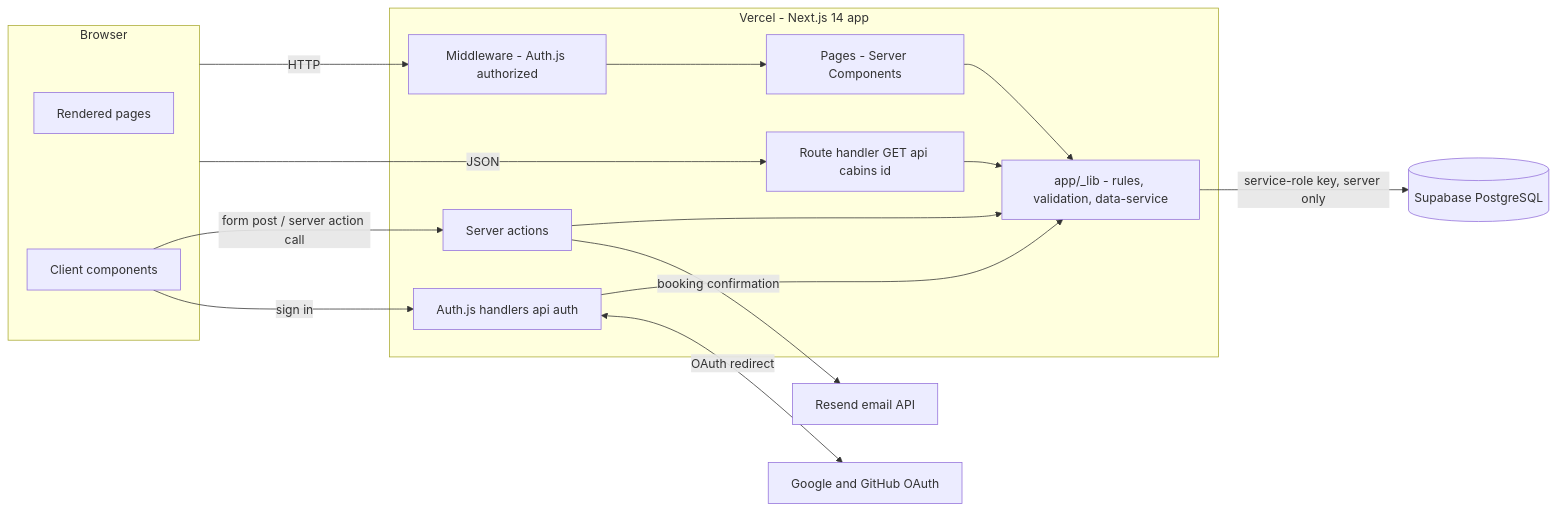
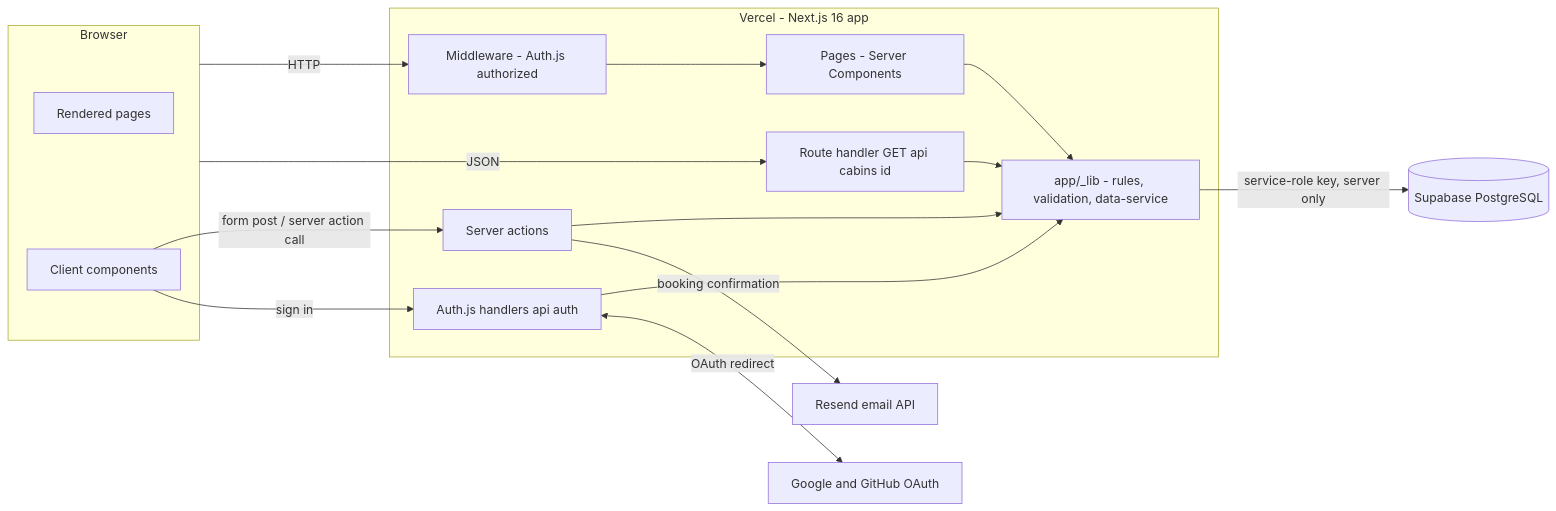
One commit to tuankiet0405/NextjsApp changed the first of 3 diagrams in docs/02-architecture.md. Above: the diagram before and after it, drawn with Mermaid. The commit also changed other lines of this file and 5 other files, not shown here.

````diff
--- a/docs/02-architecture.md
+++ b/docs/02-architecture.md
@@ -23,33 +23,33 @@
 ```mermaid
 flowchart LR
   subgraph Browser
     RSC_HTML[Rendered pages]
     CC[Client components]
   end
 
-  subgraph Vercel[Vercel - Next.js 14 app]
+  subgraph Vercel[Vercel - Next.js 16 app]
     MW[Middleware - Auth.js authorized]
     PAGES[Pages - Server Components]
     ACT[Server actions]
     API[Route handler GET api cabins id]
     AUTHJS[Auth.js handlers api auth]
     LIB[app/_lib - rules, validation, data-service]
   end
 
   DB[(Supabase PostgreSQL)]
   OAUTH[Google and GitHub OAuth]
   RESEND[Resend email API]
 
   Browser -->|HTTP| MW
   MW --> PAGES
   CC -->|form post / server action call| ACT
   CC -->|sign in| AUTHJS
   Browser -->|JSON| API
   PAGES --> LIB
   ACT --> LIB
   API --> LIB
   AUTHJS --> LIB
   LIB -->|service-role key, server only| DB
   AUTHJS <-->|OAuth redirect| OAUTH
   ACT -->|booking confirmation| RESEND
 ```
````
